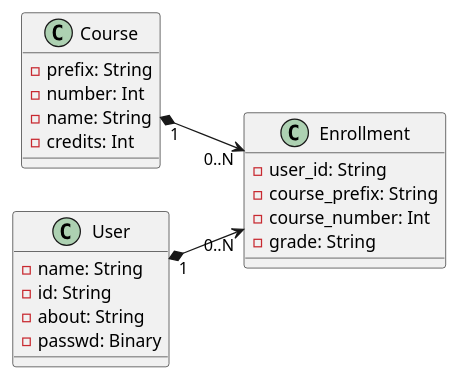
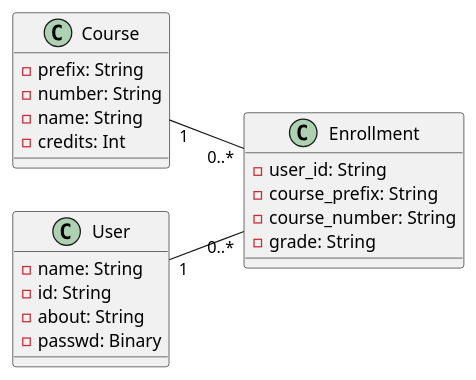
One commit to FrostyBagels/SWD_Proj1 changed the diagram in uml/class.wsd. Above: the diagram before and after it, drawn with PlantUML.

Commit message:
docs: fix UML class types, changed class UML compositions to associations

```diff
--- a/uml/class.wsd
+++ b/uml/class.wsd
@@ -1,29 +1,29 @@
 @startuml class
 left to right direction
 
 class Course {
     - prefix: String
-    - number: Int
+    - number: String
     - name: String
     - credits: Int
 }
 
 class Enrollment{
     - user_id: String
     - course_prefix: String
-    - course_number: Int
+    - course_number: String
     - grade: String
 
 }
 
 class User {
     - name: String
     - id: String
     - about: String
     - passwd: Binary
 }
 
-User "1" *--> "0..N" Enrollment
-Course "1" *--> "0..N" Enrollment
+User "1" -- "0..*" Enrollment
+Course "1" -- "0..*" Enrollment
 
 @enduml
```
